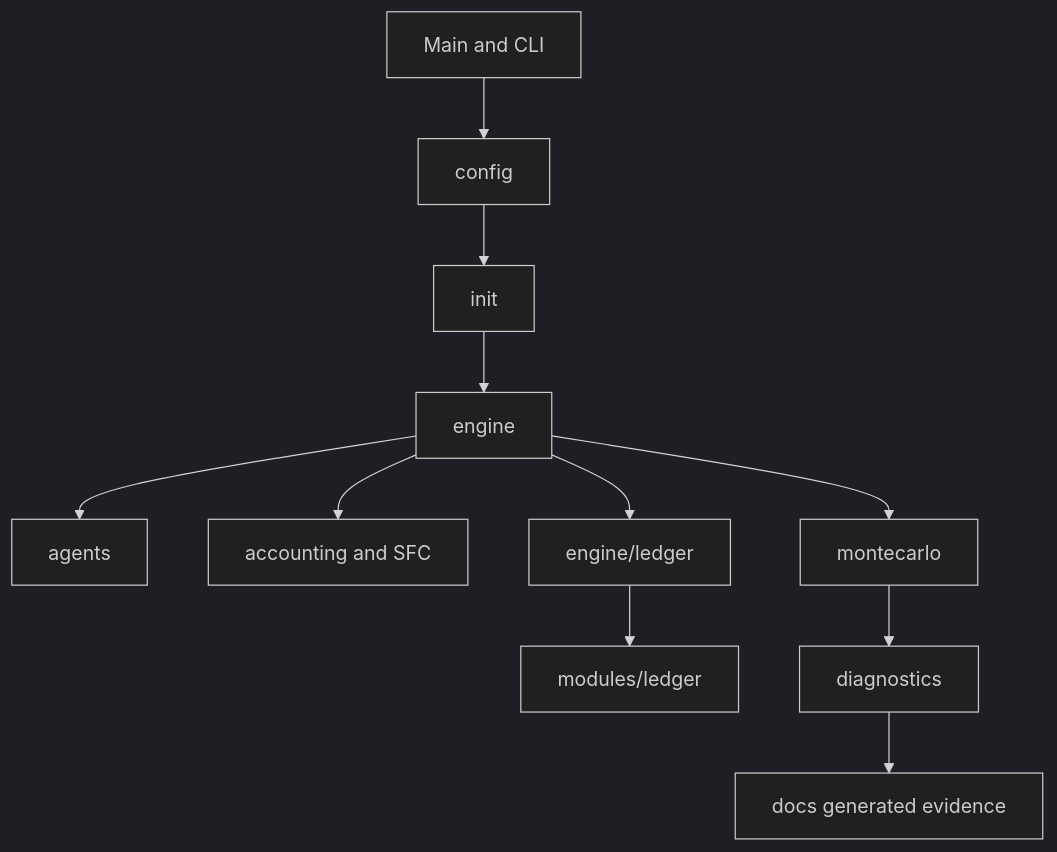
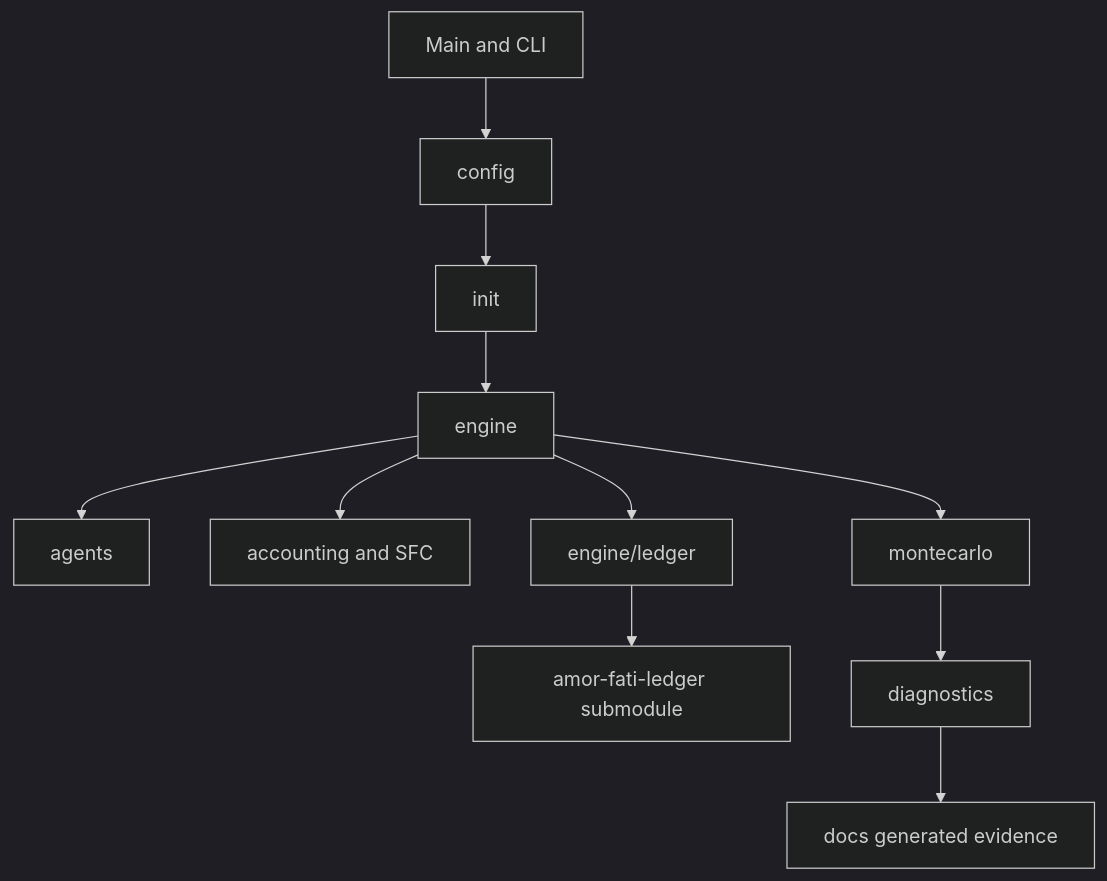
One commit to amor-fati-systems/amor-fati changed the diagram in docs/architecture/overview.md. Above: the diagram before and after it, drawn with Mermaid (dark theme). The commit also changed other lines of this file and 7 other files, not shown here.

````diff
--- a/docs/architecture/overview.md
+++ b/docs/architecture/overview.md
@@ -14,13 +14,13 @@
 ```mermaid
 flowchart TD
     Main[Main and CLI] --> Config[config]
     Config --> Init[init]
     Init --> Engine[engine]
     Engine --> Agents[agents]
     Engine --> Accounting[accounting and SFC]
     Engine --> LedgerAdapter[engine/ledger]
-    LedgerAdapter --> LedgerModule[modules/ledger]
+    LedgerAdapter --> LedgerRepo[amor-fati-ledger submodule]
     Engine --> MonteCarlo[montecarlo]
     MonteCarlo --> Diagnostics[diagnostics]
     Diagnostics --> Docs[docs generated evidence]
 ```
````
